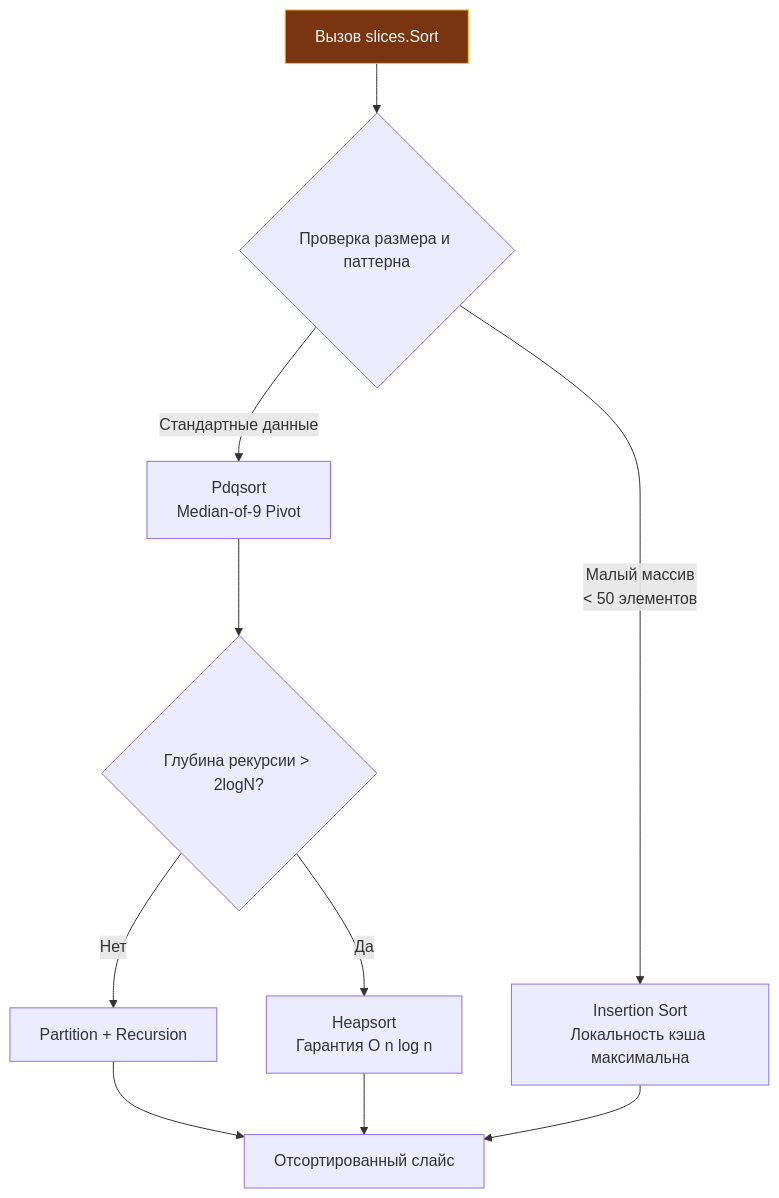
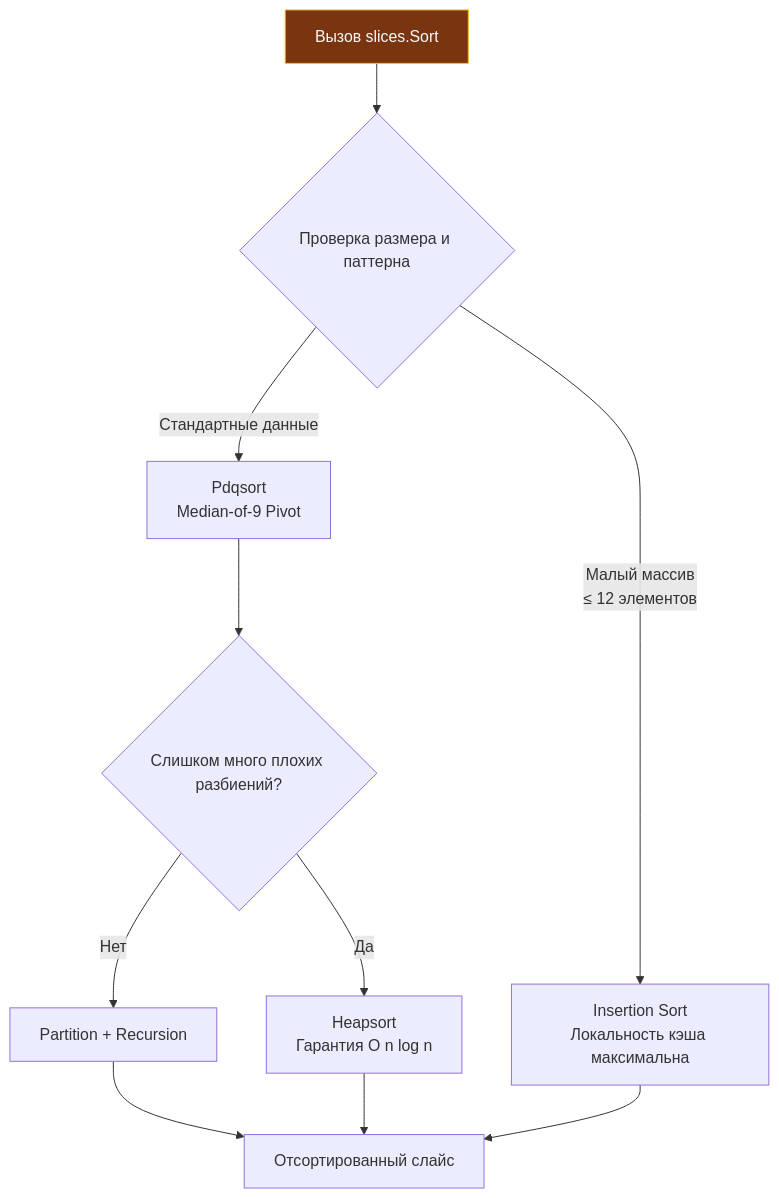
The diagram in sources/6. Стандартная библиотека Go/25. sort и slices. Сортировка данных.md (UnrealTemplier/go-textbook-ru), drawn with Mermaid before and after one commit. The commit also changed other lines of this file and 47 other files, not shown here.

````diff
--- a/sources/6. Стандартная библиотека Go/25. sort и slices. Сортировка данных.md
+++ b/sources/6. Стандартная библиотека Go/25. sort и slices. Сортировка данных.md
@@ -34,22 +34,22 @@
 ```mermaid
 flowchart TD
     classDef process  fill:#1e293b,stroke:#38bdf8,stroke-width:1px,color:#f8fafc
     classDef success  fill:#064e3b,stroke:#34d399,stroke-width:1px,color:#f8fafc
     classDef error    fill:#7f1d1d,stroke:#f87171,stroke-width:1px,color:#f8fafc
     classDef warning  fill:#78350f,stroke:#fbbf24,stroke-width:1px,color:#f8fafc
     classDef entry    fill:#1e3a5f,stroke:#38bdf8,stroke-width:2px,color:#f8fafc
     classDef aux      fill:#334155,stroke:#64748b,stroke-width:1px,color:#f8fafc
     classDef system   fill:#312e81,stroke:#a78bfa,stroke-width:1px,color:#f8fafc
     classDef data     fill:#132d29,stroke:#2dd4bf,stroke-width:1px,color:#f8fafc
     classDef network  fill:#881337,stroke:#fb7185,stroke-width:1px,color:#f8fafc
     classDef accent   fill:#1e1b4b,stroke:#818cf8,stroke-width:1px,color:#f8fafc
     A["Вызов slices.Sort"]:::warning --> B{"Проверка размера и паттерна"}
-    B -->|Малый массив<br>< 50 элементов| C["Insertion Sort<br>Локальность кэша максимальна"]
+    B -->|"Малый массив<br>≤ 12 элементов"| C["Insertion Sort<br>Локальность кэша максимальна"]
     B -->|Стандартные данные| D["Pdqsort<br>Median-of-9 Pivot"]
-    D --> E{"Глубина рекурсии > 2logN?"}
+    D --> E{"Слишком много плохих разбиений?"}
     E -->|Нет| F["Partition + Recursion"]
     E -->|Да| G["Heapsort<br>Гарантия O n log n"]
     F --> H["Отсортированный слайс"]
     G --> H
     C --> H
 ```
````
